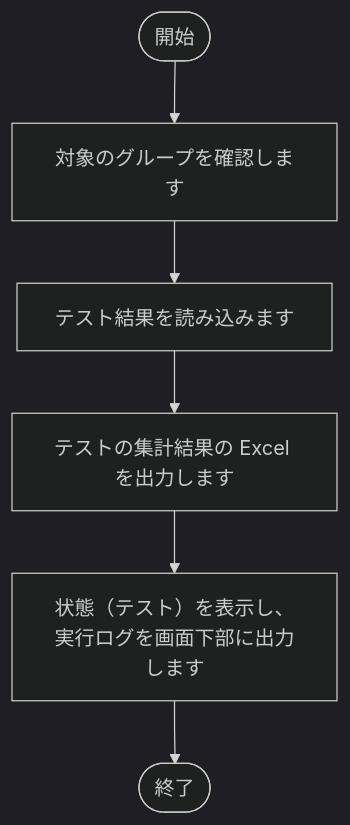
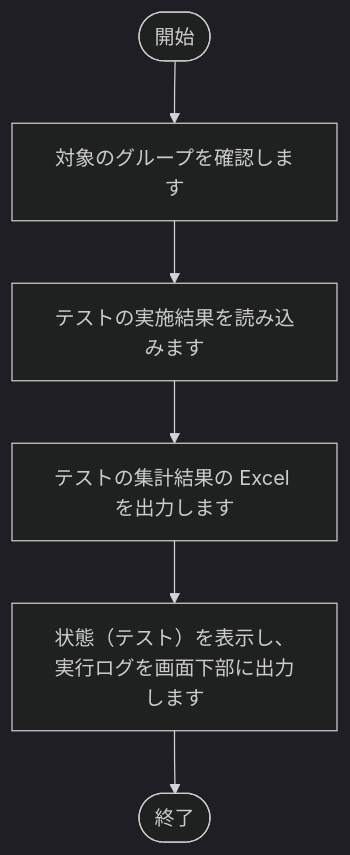
The sixth of 28 diagrams in tool/track-aggregator/doc/02_設計/処理フロー.md (nishida2073/project_management), drawn with Mermaid (dark theme) before and after one commit. The commit also changed other lines of this file and 15 other files, not shown here.

````diff
--- a/tool/track-aggregator/doc/02_設計/処理フロー.md
+++ b/tool/track-aggregator/doc/02_設計/処理フロー.md
@@ -160,14 +160,14 @@
 ```mermaid
 flowchart TD
     S(["開始"])
     E(["終了"])
     N1["対象のグループを確認します"]
     S --> N1
-    N2["テスト結果を読み込みます"]
+    N2["テストの実施結果を読み込みます"]
     N1 --> N2
     N3["テストの集計結果の Excel を出力します"]
     N2 --> N3
     N4["状態（テスト）を表示し、実行ログを画面下部に出力します"]
     N3 --> N4
     N4 --> E
 ```
````
